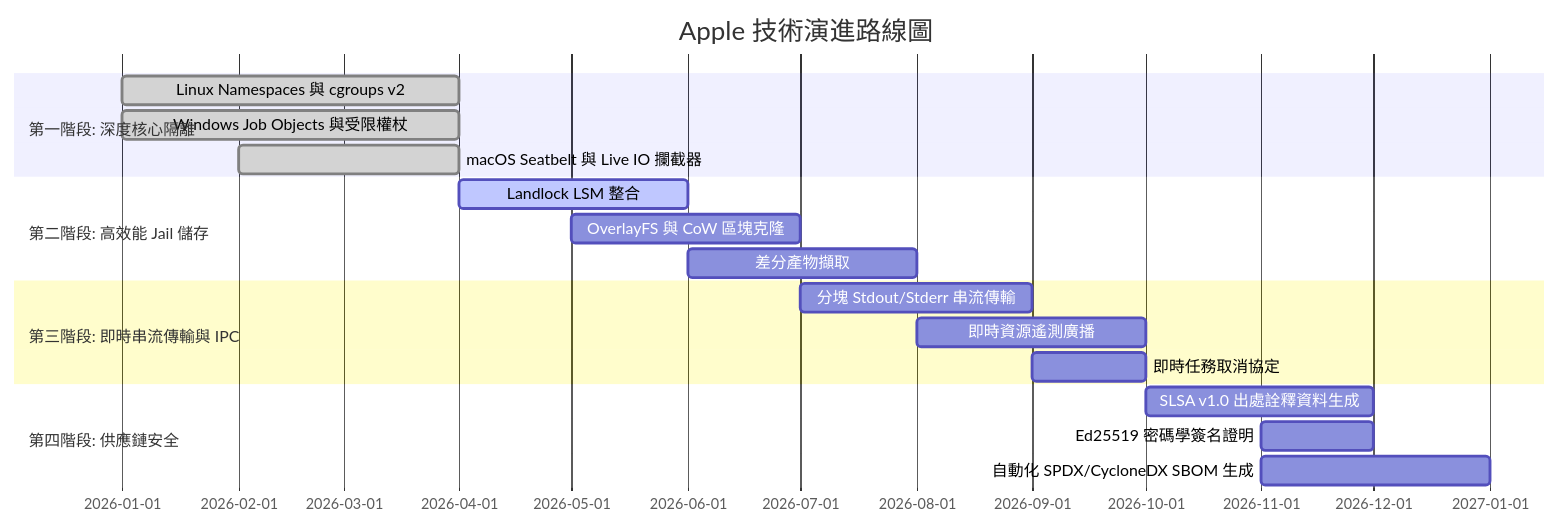
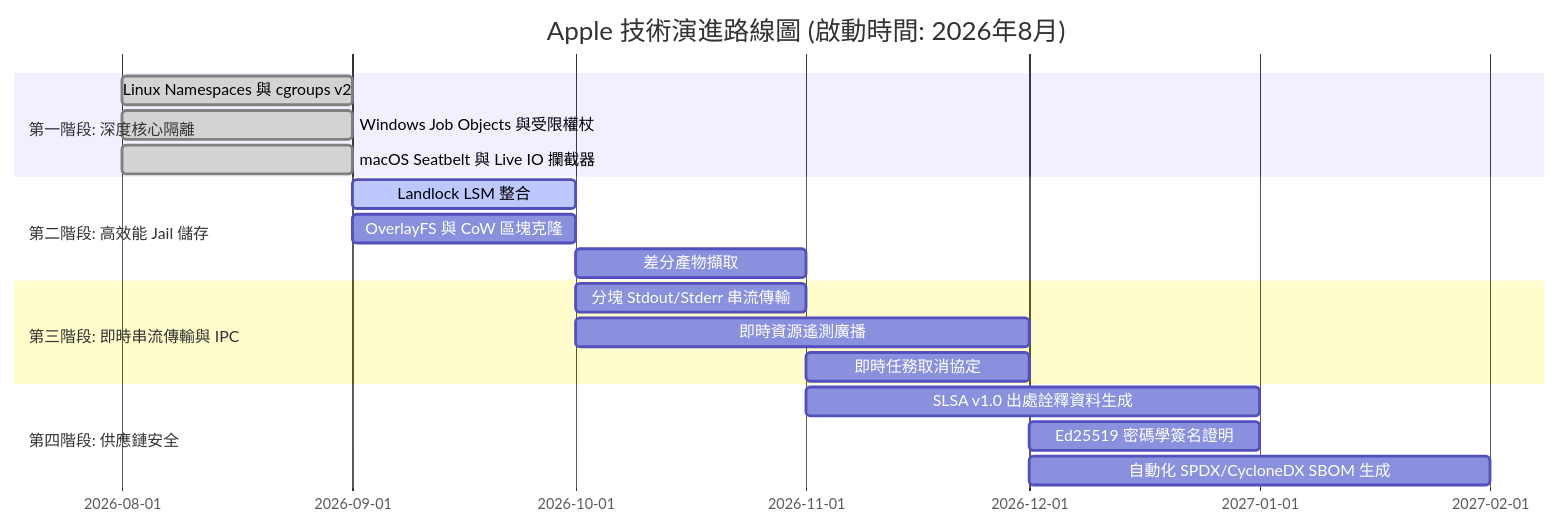
The diagram in docs/zh-hant/ROADMAP.md (requla11/apple), drawn with Mermaid before and after one commit. The commit also changed other lines of this file and 4 other files, not shown here.

Commit message:
docs(roadmap): calibrate Gantt chart and phase milestones from project launch in August 2026

````diff
--- a/docs/zh-hant/ROADMAP.md
+++ b/docs/zh-hant/ROADMAP.md
@@ -18,21 +18,21 @@
 ```mermaid
 gantt
-    title Apple 技術演進路線圖
+    title Apple 技術演進路線圖 (啟動時間: 2026年8月)
     dateFormat  YYYY-MM
     section 第一階段: 深度核心隔離
-    Linux Namespaces 與 cgroups v2           :done,    des1, 2026-01, 2026-04
-    Windows Job Objects 與受限權杖           :done,    des2, 2026-01, 2026-04
-    macOS Seatbelt 與 Live IO 攔截器         :done,    des3, 2026-02, 2026-04
+    Linux Namespaces 與 cgroups v2           :done,    des1, 2026-08, 2026-09
+    Windows Job Objects 與受限權杖           :done,    des2, 2026-08, 2026-09
+    macOS Seatbelt 與 Live IO 攔截器         :done,    des3, 2026-08, 2026-09
     section 第二階段: 高效能 Jail 儲存
-    Landlock LSM 整合                        :active,  des4, 2026-04, 2026-06
-    OverlayFS 與 CoW 區塊克隆                :         des5, 2026-05, 2026-07
-    差分產物擷取                             :         des6, 2026-06, 2026-08
+    Landlock LSM 整合                        :active,  des4, 2026-09, 2026-10
+    OverlayFS 與 CoW 區塊克隆                :         des5, 2026-09, 2026-10
+    差分產物擷取                             :         des6, 2026-10, 2026-11
     section 第三階段: 即時串流傳輸與 IPC
-    分塊 Stdout/Stderr 串流傳輸              :         des7, 2026-07, 2026-09
-    即時資源遙測廣播                         :         des8, 2026-08, 2026-10
-    即時任務取消協定                         :         des9, 2026-09, 2026-10
+    分塊 Stdout/Stderr 串流傳輸              :         des7, 2026-10, 2026-11
+    即時資源遙測廣播                         :         des8, 2026-10, 2026-12
+    即時任務取消協定                         :         des9, 2026-11, 2026-12
     section 第四階段: 供應鏈安全
-    SLSA v1.0 出處詮釋資料生成               :         des10, 2026-10, 2026-12
-    Ed25519 密碼學簽名證明                   :         des11, 2026-11, 2026-12
-    自動化 SPDX/CycloneDX SBOM 生成          :         des12, 2026-11, 2027-01
+    SLSA v1.0 出處詮釋資料生成               :         des10, 2026-11, 2027-01
+    Ed25519 密碼學簽名證明                   :         des11, 2026-12, 2027-01
+    自動化 SPDX/CycloneDX SBOM 生成          :         des12, 2026-12, 2027-02
 ```
````
